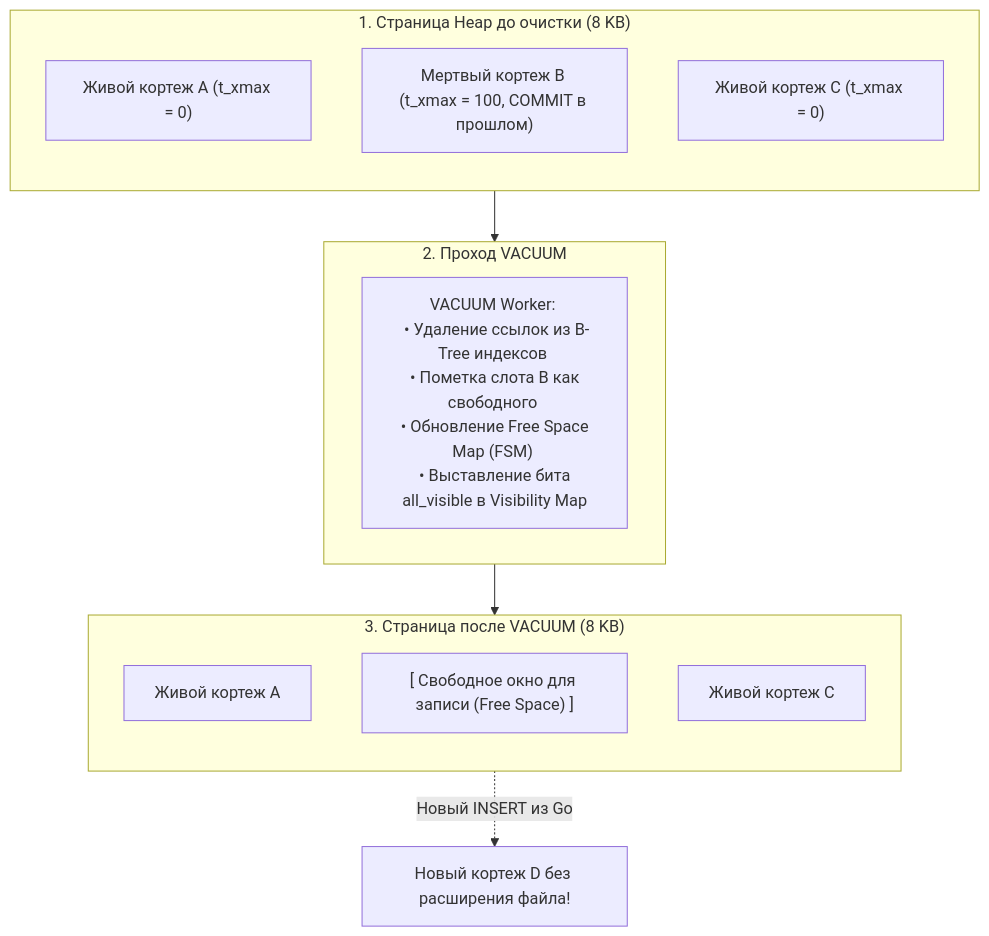
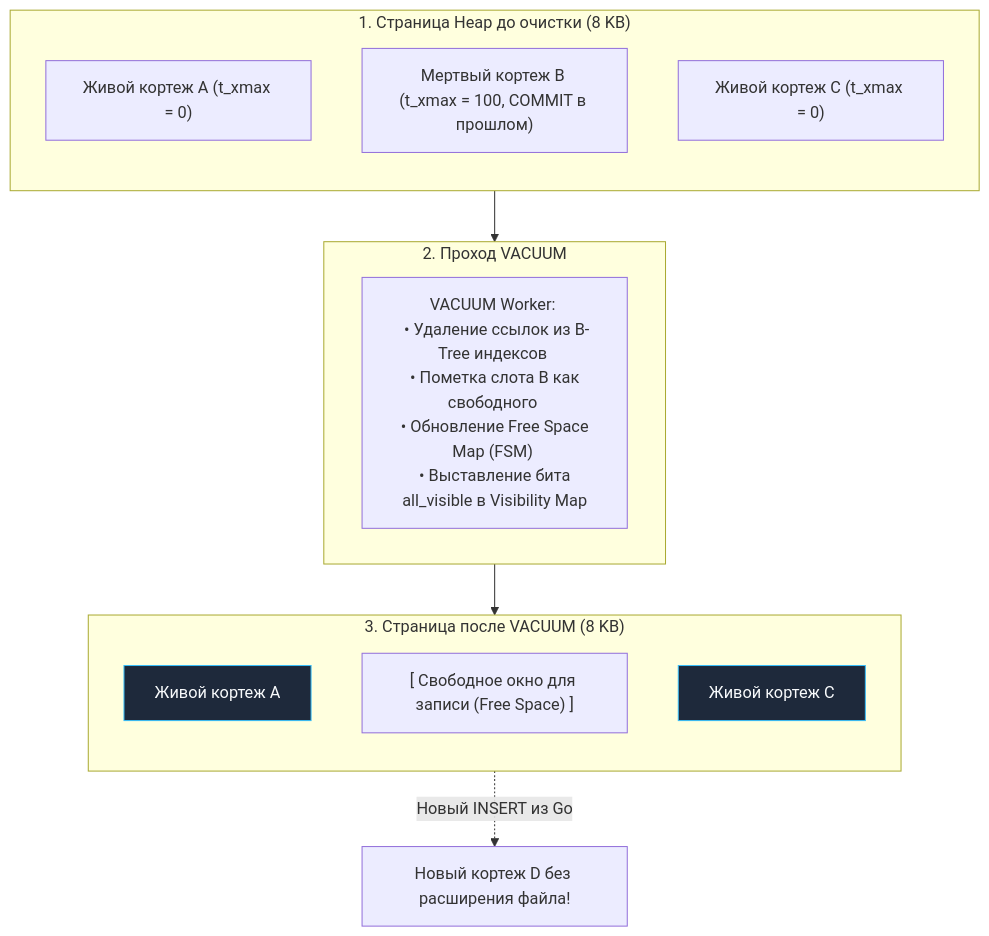
The first of 2 diagrams in sources/12. Базы данных/06. PostgreSQL/10. VACUUM, ANALYZE.md (UnrealTemplier/go-textbook), drawn with Mermaid before and after one commit. The commit also changed other lines of this file and 1666 other files, not shown here.

First line of the commit message:
feat(mermaid): add semantic color classDef to 1369 colorless flowchart/graph diagrams

````diff
--- a/sources/12. Базы данных/06. PostgreSQL/10. VACUUM, ANALYZE.md
+++ b/sources/12. Базы данных/06. PostgreSQL/10. VACUUM, ANALYZE.md
@@ -15,24 +15,34 @@
 ```mermaid
 flowchart TD
+    classDef process  fill:#1e293b,stroke:#38bdf8,stroke-width:1px,color:#f8fafc
+    classDef success  fill:#064e3b,stroke:#34d399,stroke-width:1px,color:#f8fafc
+    classDef error    fill:#7f1d1d,stroke:#f87171,stroke-width:1px,color:#f8fafc
+    classDef warning  fill:#78350f,stroke:#fbbf24,stroke-width:1px,color:#f8fafc
+    classDef entry    fill:#1e3a5f,stroke:#38bdf8,stroke-width:2px,color:#f8fafc
+    classDef aux      fill:#334155,stroke:#64748b,stroke-width:1px,color:#f8fafc
+    classDef system   fill:#312e81,stroke:#a78bfa,stroke-width:1px,color:#f8fafc
+    classDef data     fill:#132d29,stroke:#2dd4bf,stroke-width:1px,color:#f8fafc
+    classDef network  fill:#881337,stroke:#fb7185,stroke-width:1px,color:#f8fafc
+    classDef accent   fill:#1e1b4b,stroke:#818cf8,stroke-width:1px,color:#f8fafc
     subgraph PageBefore ["1. Страница Heap до очистки (8 KB)"]
         direction TB
         T1["Живой кортеж A (t_xmax = 0)"]
         T2["Мертвый кортеж B (t_xmax = 100, COMMIT в прошлом)"]
         T3["Живой кортеж C (t_xmax = 0)"]
     end
     
     subgraph VacuumAction ["2. Проход VACUUM"]
         VProc["VACUUM Worker: <br> • Удаление ссылок из B-Tree индексов <br> • Пометка слота B как свободного <br> • Обновление Free Space Map (FSM) <br> • Выставление бита all_visible в Visibility Map"]
     end
 
     subgraph PageAfter ["3. Страница после VACUUM (8 KB)"]
         direction TB
-        CT1["Живой кортеж A"]
+        CT1["Живой кортеж A"]:::process
         CFS["[ Свободное окно для записи (Free Space) ]"]
-        CT3["Живой кортеж C"]
+        CT3["Живой кортеж C"]:::process
     end
 
     PageBefore --> VacuumAction
     VacuumAction --> PageAfter
     CFS -.->|"Новый INSERT из Go"| NewInsert["Новый кортеж D без расширения файла!"]
 ```
````
